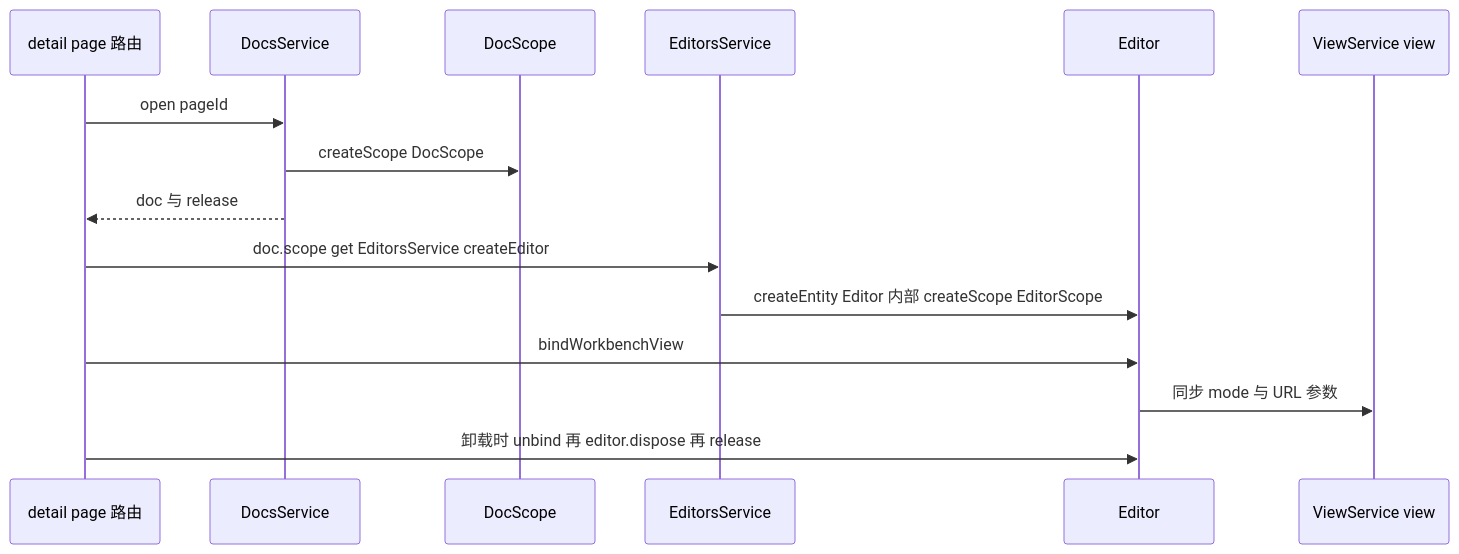
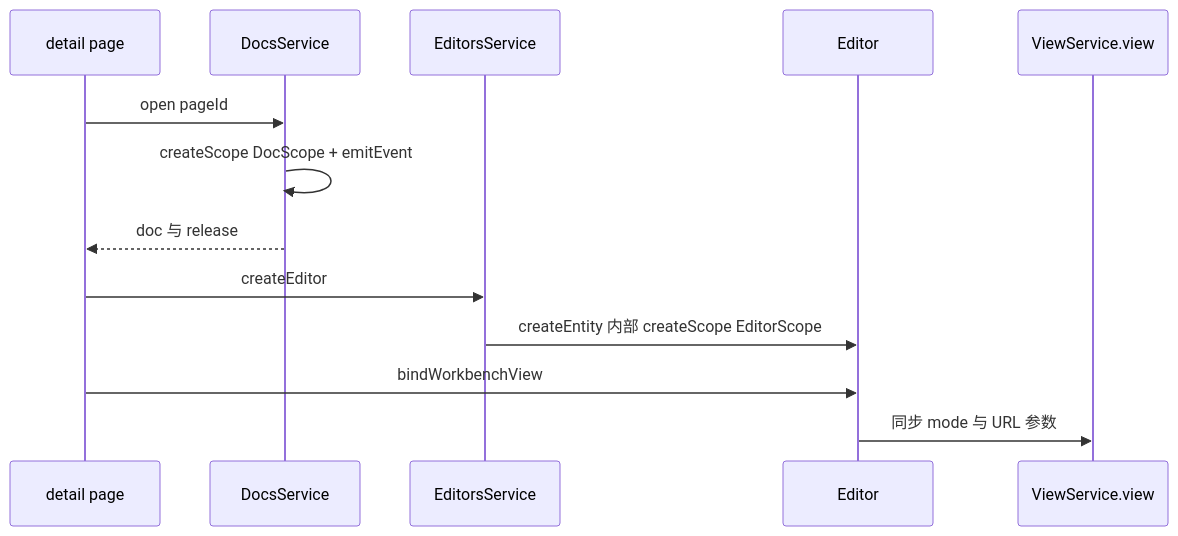
Before and after one commit to lfire/AFFiNE: the fifth of 7 diagrams in learning-guide/slides/decks/17.md, drawn with Mermaid. The commit also changed other lines of this file and 46 other files, not shown here.

````diff
--- a/learning-guide/slides/decks/17.md
+++ b/learning-guide/slides/decks/17.md
@@ -256,17 +413,15 @@
 ```mermaid
 sequenceDiagram
-  participant Route as detail page 路由
+  participant Route as detail page
   participant DS as DocsService
-  participant DScope as DocScope
   participant ES as EditorsService
   participant Ed as Editor
-  participant View as ViewService view
+  participant View as ViewService.view
   Route->>DS: open pageId
-  DS->>DScope: createScope DocScope
+  DS->>DS: createScope DocScope + emitEvent
   DS-->>Route: doc 与 release
-  Route->>ES: doc.scope get EditorsService createEditor
-  ES->>Ed: createEntity Editor 内部 createScope EditorScope
+  Route->>ES: createEditor
+  ES->>Ed: createEntity 内部 createScope EditorScope
   Route->>Ed: bindWorkbenchView
   Ed->>View: 同步 mode 与 URL 参数
-  Route->>Ed: 卸载时 unbind 再 editor.dispose 再 release
 ```
````
